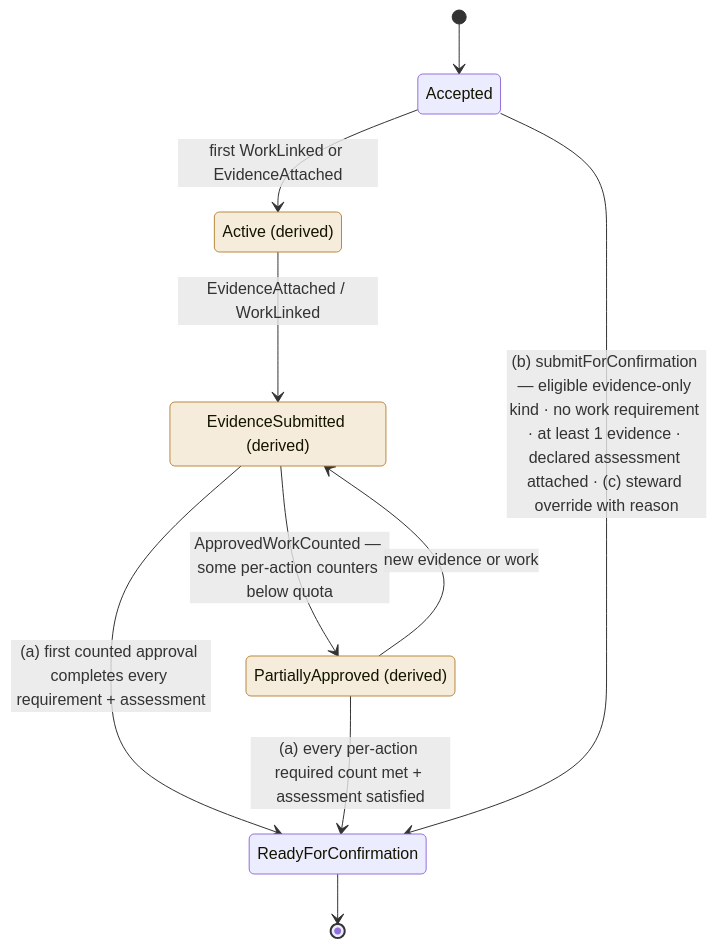
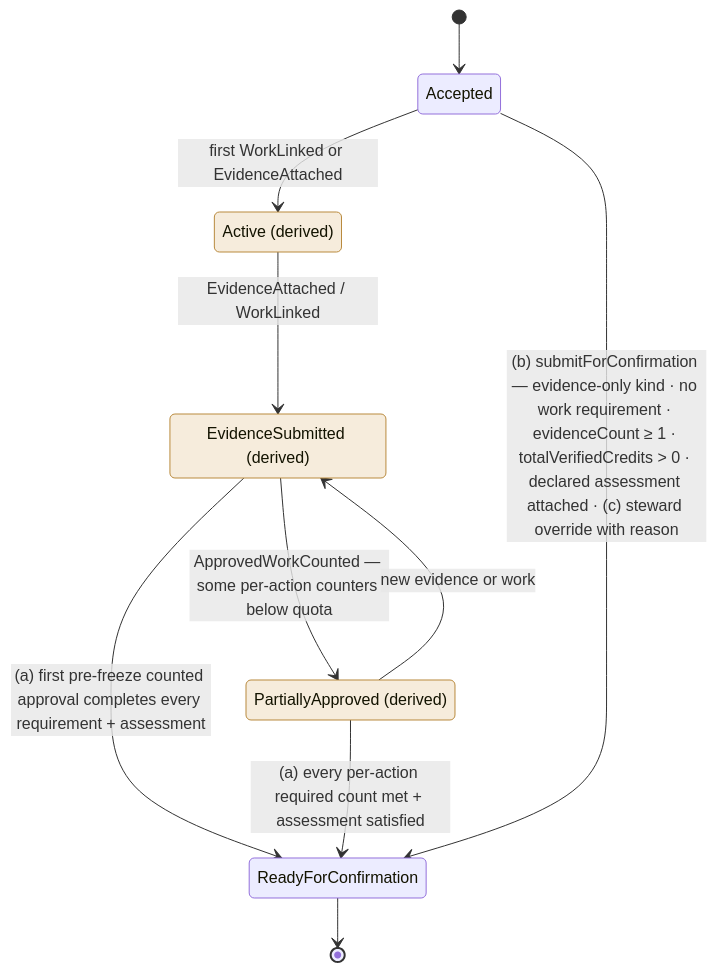
Before and after one commit to greenpill-dev-guild/green-goods: diagram 12 of 35 in .plans/active/commitment-pooling/diagrams.md, drawn with Mermaid. The commit also changed other lines of this file and 19 other files, not shown here.

````diff
--- a/.plans/active/commitment-pooling/diagrams.md
+++ b/.plans/active/commitment-pooling/diagrams.md
@@ -561,19 +563,19 @@
 ```mermaid
 stateDiagram-v2
   classDef derived fill:#f6ecdc,stroke:#b98a3e
   Active: Active (derived)
   EvidenceSubmitted: EvidenceSubmitted (derived)
   PartiallyApproved: PartiallyApproved (derived)
   [*] --> Accepted
   Accepted --> Active : first WorkLinked or EvidenceAttached
   Active --> EvidenceSubmitted : EvidenceAttached / WorkLinked
   EvidenceSubmitted --> PartiallyApproved : ApprovedWorkCounted — some per-action counters below quota
   PartiallyApproved --> EvidenceSubmitted : new evidence or work
-  EvidenceSubmitted --> ReadyForConfirmation : (a) first counted approval completes every requirement + assessment
+  EvidenceSubmitted --> ReadyForConfirmation : (a) first pre-freeze counted approval completes every requirement + assessment
   PartiallyApproved --> ReadyForConfirmation : (a) every per-action required count met + assessment satisfied
-  Accepted --> ReadyForConfirmation : (b) submitForConfirmation — eligible evidence-only kind · no work requirement · at least 1 evidence · declared assessment attached · (c) steward override with reason
+  Accepted --> ReadyForConfirmation : (b) submitForConfirmation — evidence-only kind · no work requirement · evidenceCount ≥ 1 · totalVerifiedCredits > 0 · declared assessment attached · (c) steward override with reason
   ReadyForConfirmation --> [*]
   class Active derived
   class EvidenceSubmitted derived
   class PartiallyApproved derived
 ```
````
